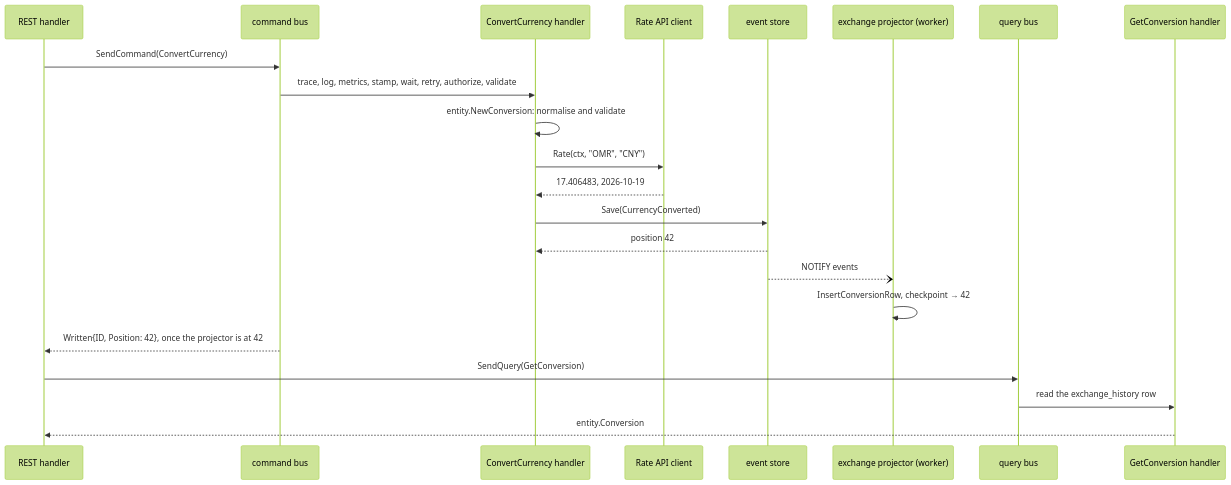
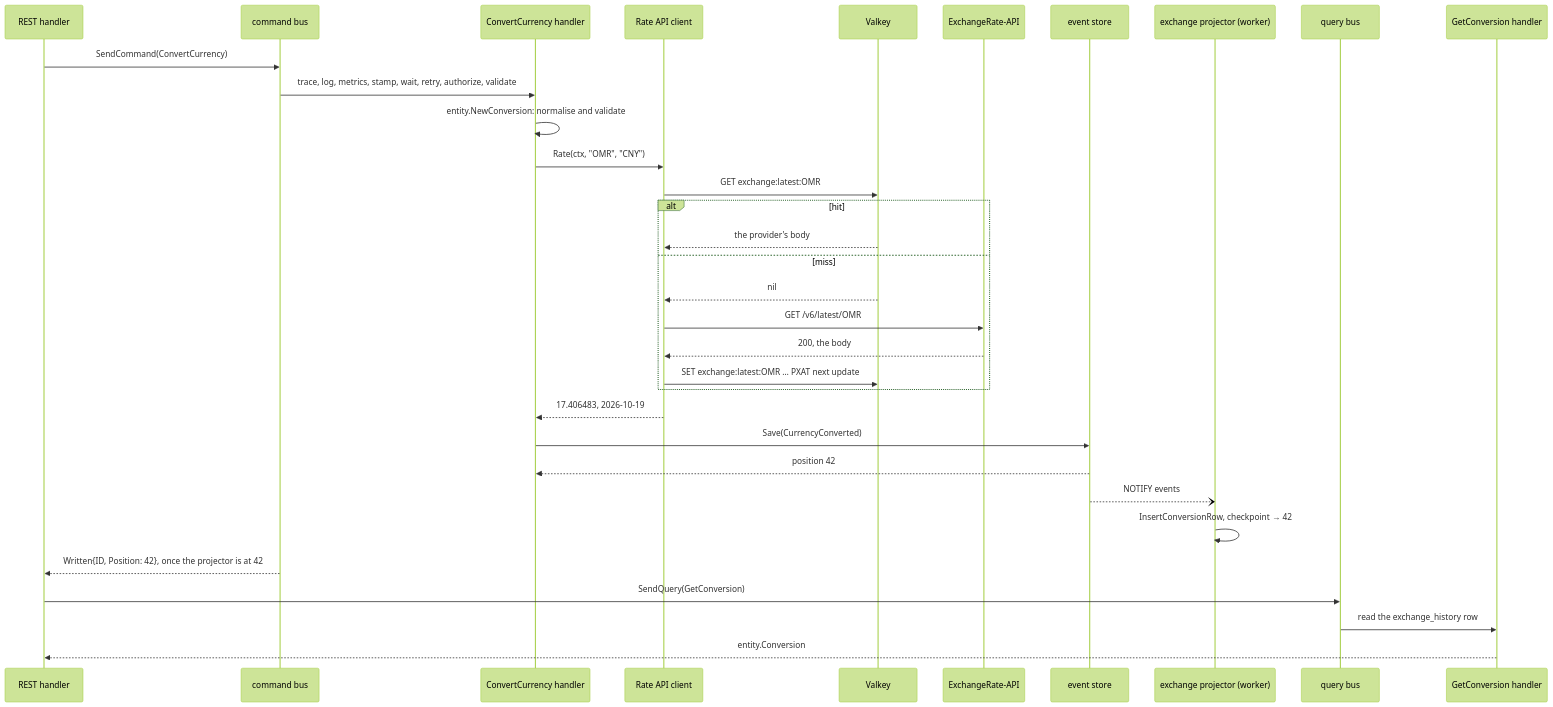
One commit to m7medVision/go-clean-template changed the diagram in docs/request-flow.md. Above: the diagram before and after it, drawn with Mermaid (forest theme). The commit also changed other lines of this file and 4 other files, not shown here.

Commit message:
docs: the exchange rates cached in Valkey

````diff
--- a/docs/request-flow.md
+++ b/docs/request-flow.md
@@ -28,24 +28,35 @@
 ```mermaid
 sequenceDiagram
   participant H as REST handler
   participant CB as command bus
   participant C as ConvertCurrency handler
   participant W as Rate API client
+  participant V as Valkey
+  participant X as ExchangeRate-API
   participant S as event store
   participant P as exchange projector (worker)
   participant QB as query bus
   participant Q as GetConversion handler
   H->>CB: SendCommand(ConvertCurrency)
   CB->>C: trace, log, metrics, stamp, wait, retry, authorize, validate
   C->>C: entity.NewConversion: normalise and validate
   C->>W: Rate(ctx, "OMR", "CNY")
+  W->>V: GET exchange:latest:OMR
+  alt hit
+    V-->>W: the provider's body
+  else miss
+    V-->>W: nil
+    W->>X: GET /v6/latest/OMR
+    X-->>W: 200, the body
+    W->>V: SET exchange:latest:OMR … PXAT next update
+  end
   W-->>C: 17.406483, 2026-10-19
   C->>S: Save(CurrencyConverted)
   S-->>C: position 42
   S--)P: NOTIFY events
   P->>P: InsertConversionRow, checkpoint → 42
   CB-->>H: Written{ID, Position: 42}, once the projector is at 42
   H->>QB: SendQuery(GetConversion)
   QB->>Q: read the exchange_history row
   Q-->>H: entity.Conversion
 ```
````
